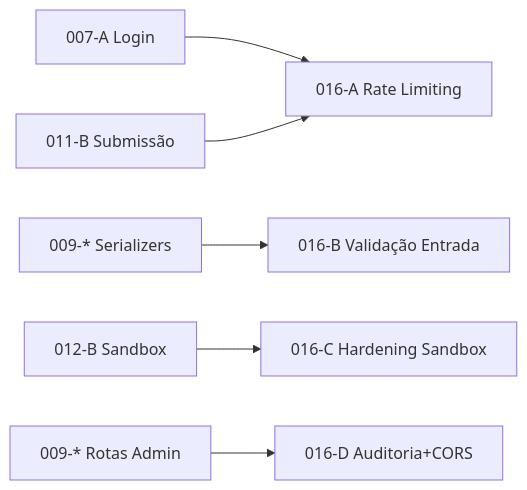
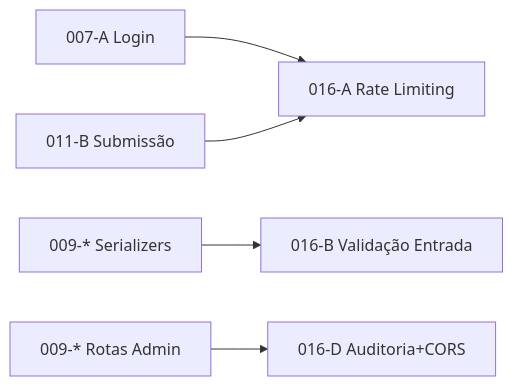
Diagram 11 of 13 in docs/requirements/ingenia-documents/issue_analysis.md (marquezzin/ingenia), drawn with Mermaid before and after one commit. The commit also changed other lines of this file and 15 other files, not shown here.

````diff
--- a/docs/requirements/ingenia-documents/issue_analysis.md
+++ b/docs/requirements/ingenia-documents/issue_analysis.md
@@ -417,8 +415,7 @@
 ```mermaid
 graph LR
     E007A[007-A Login] --> A016[016-A Rate Limiting]
     E011B[011-B Submissão] --> A016
     E009[009-* Serializers] --> B016[016-B Validação Entrada]
-    E012B[012-B Sandbox] --> C016[016-C Hardening Sandbox]
     E009D[009-* Rotas Admin] --> D016[016-D Auditoria+CORS]
 ```
````
